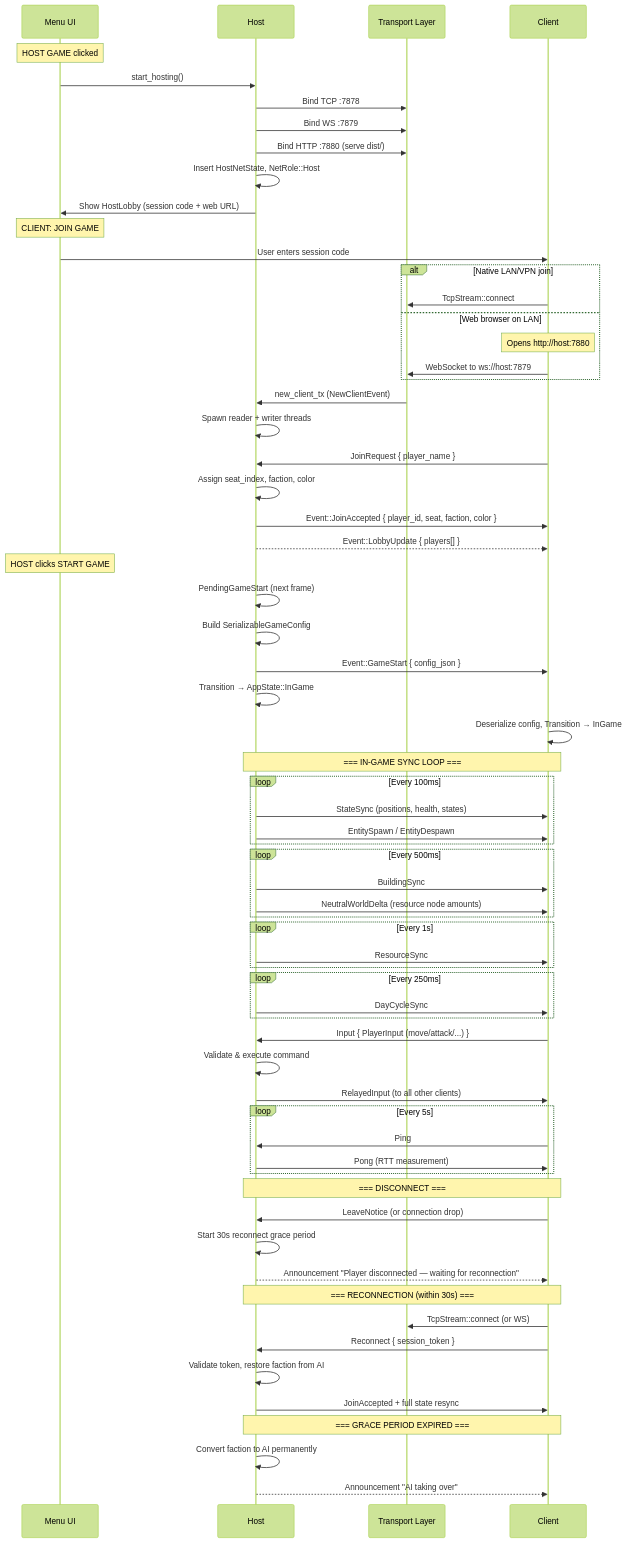
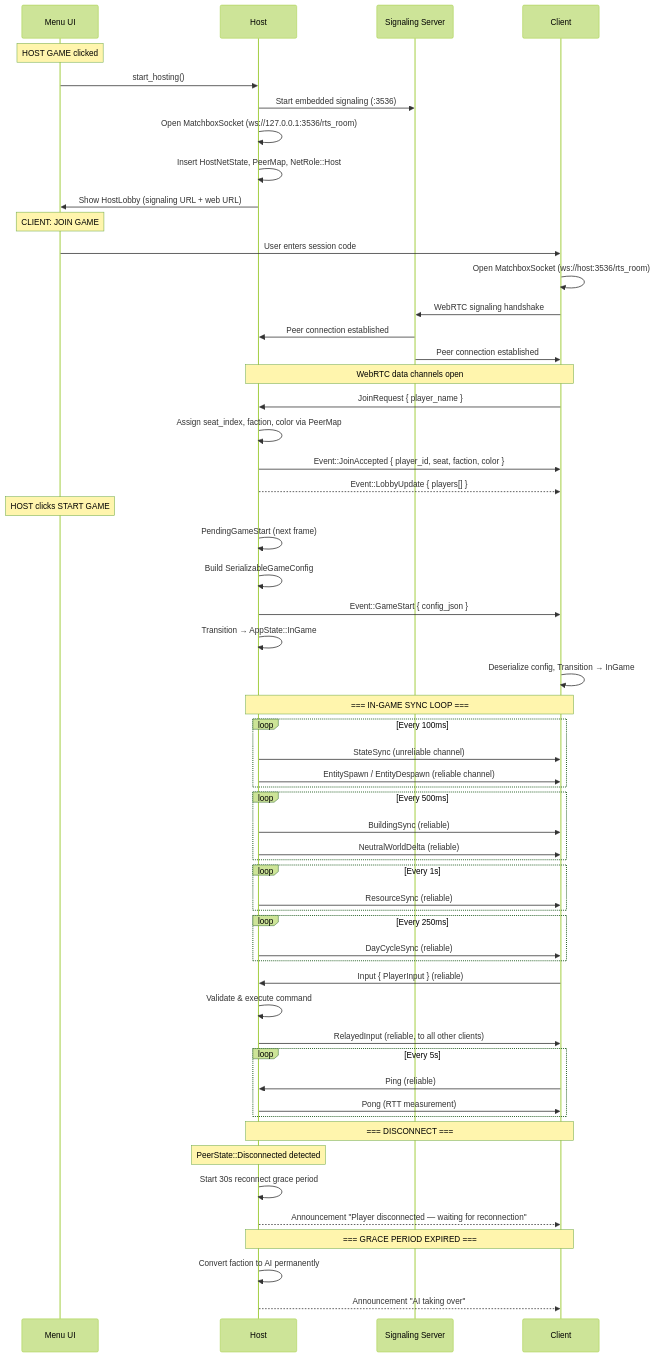
One commit to pashaydev/RTS changed the third of 11 diagrams in docs/multiplayer-architecture.md. Above: the diagram before and after it, drawn with Mermaid (forest theme). The commit also changed other lines of this file and 15 other files, not shown here.

````diff
--- a/docs/multiplayer-architecture.md
+++ b/docs/multiplayer-architecture.md
@@ -114,82 +107,73 @@
 ```mermaid
 sequenceDiagram
     participant UI as Menu UI
     participant Host as Host
-    participant Transport as Transport Layer
+    participant Signaling as Signaling Server
     participant Client as Client
 
     Note over UI: HOST GAME clicked
     UI->>Host: start_hosting()
-    Host->>Transport: Bind TCP :7878
-    Host->>Transport: Bind WS :7879
-    Host->>Transport: Bind HTTP :7880 (serve dist/)
-    Host->>Host: Insert HostNetState, NetRole::Host
-    Host->>UI: Show HostLobby (session code + web URL)
+    Host->>Signaling: Start embedded signaling (:3536)
+    Host->>Host: Open MatchboxSocket (ws://127.0.0.1:3536/rts_room)
+    Host->>Host: Insert HostNetState, PeerMap, NetRole::Host
+    Host->>UI: Show HostLobby (signaling URL + web URL)
 
     Note over UI: CLIENT: JOIN GAME
     UI->>Client: User enters session code
-    alt Native LAN/VPN join
-        Client->>Transport: TcpStream::connect
-    else Web browser on LAN
-        Note over Client: Opens http://host:7880
-        Client->>Transport: WebSocket to ws://host:7879
-    end
-    Transport->>Host: new_client_tx (NewClientEvent)
-    Host->>Host: Spawn reader + writer threads
+    Client->>Client: Open MatchboxSocket (ws://host:3536/rts_room)
+    Client->>Signaling: WebRTC signaling handshake
+    Signaling->>Host: Peer connection established
+    Signaling->>Client: Peer connection established
+
+    Note over Host,Client: WebRTC data channels open
 
     Client->>Host: JoinRequest { player_name }
-    Host->>Host: Assign seat_index, faction, color
+    Host->>Host: Assign seat_index, faction, color via PeerMap
     Host->>Client: Event::JoinAccepted { player_id, seat, faction, color }
     Host-->>Client: Event::LobbyUpdate { players[] }
 
     Note over UI: HOST clicks START GAME
     Host->>Host: PendingGameStart (next frame)
     Host->>Host: Build SerializableGameConfig
     Host->>Client: Event::GameStart { config_json }
     Host->>Host: Transition → AppState::InGame
     Client->>Client: Deserialize config, Transition → InGame
 
     Note over Host,Client: === IN-GAME SYNC LOOP ===
 
     loop Every 100ms
-        Host->>Client: StateSync (positions, health, states)
-        Host->>Client: EntitySpawn / EntityDespawn
+        Host->>Client: StateSync (unreliable channel)
+        Host->>Client: EntitySpawn / EntityDespawn (reliable channel)
     end
 
     loop Every 500ms
-        Host->>Client: BuildingSync
-        Host->>Client: NeutralWorldDelta (resource node amounts)
+        Host->>Client: BuildingSync (reliable)
+        Host->>Client: NeutralWorldDelta (reliable)
     end
 
     loop Every 1s
-        Host->>Client: ResourceSync
+        Host->>Client: ResourceSync (reliable)
     end
 
     loop Every 250ms
-        Host->>Client: DayCycleSync
+        Host->>Client: DayCycleSync (reliable)
     end
 
-    Client->>Host: Input { PlayerInput (move/attack/...) }
+    Client->>Host: Input { PlayerInput } (reliable)
     Host->>Host: Validate & execute command
-    Host->>Client: RelayedInput (to all other clients)
+    Host->>Client: RelayedInput (reliable, to all other clients)
 
     loop Every 5s
-        Client->>Host: Ping
+        Client->>Host: Ping (reliable)
         Host->>Client: Pong (RTT measurement)
     end
 
     Note over Host,Client: === DISCONNECT ===
-    Client->>Host: LeaveNotice (or connection drop)
+    Note over Host: PeerState::Disconnected detected
     Host->>Host: Start 30s reconnect grace period
     Host-->>Client: Announcement "Player disconnected — waiting for reconnection"
-
-    Note over Host,Client: === RECONNECTION (within 30s) ===
-    Client->>Transport: TcpStream::connect (or WS)
-    Client->>Host: Reconnect { session_token }
-    Host->>Host: Validate token, restore faction from AI
-    Host->>Client: JoinAccepted + full state resync
 
     Note over Host,Client: === GRACE PERIOD EXPIRED ===
     Host->>Host: Convert faction to AI permanently
     Host-->>Client: Announcement "AI taking over"
 ```
````
